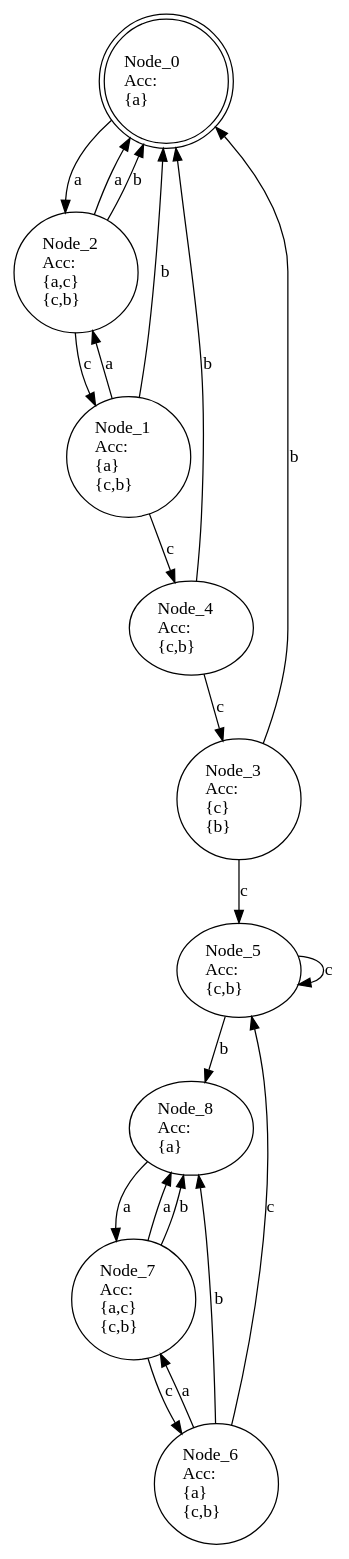
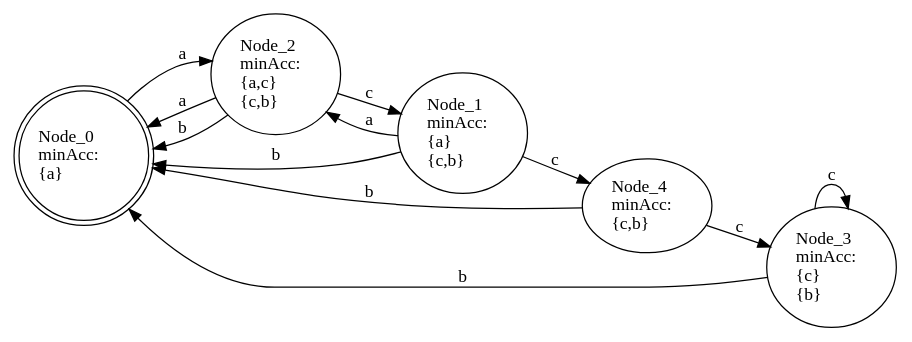
The diagram in additional-material/fdr/z.acc.dot (peleska/2018-csp-testing-conference), drawn with Graphviz before and after one commit. The commit also changed 5 other files, not shown here.

```diff
--- a/additional-material/fdr/z.acc.dot
+++ b/additional-material/fdr/z.acc.dot
@@ -1,33 +1,21 @@
 digraph g {
 
-Node_0[shape=doublecircle,label="Node_0\lAcc:\l{a}\l"];
+rankdir="LR"
+Node_0[shape=doublecircle,label="Node_0\lminAcc:\l{a}\l"];
 Node_0 -> Node_2[label="a"];
-Node_2[label="Node_2\lAcc:\l{a,c}\l{c,b}\l"];
+Node_2[label="Node_2\lminAcc:\l{a,c}\l{c,b}\l"];
 Node_2 -> Node_0[label="a"];
 Node_2 -> Node_1[label="c"];
 Node_2 -> Node_0[label="b"];
-Node_1[label="Node_1\lAcc:\l{a}\l{c,b}\l"];
+Node_1[label="Node_1\lminAcc:\l{a}\l{c,b}\l"];
 Node_1 -> Node_2[label="a"];
 Node_1 -> Node_4[label="c"];
 Node_1 -> Node_0[label="b"];
-Node_4[label="Node_4\lAcc:\l{c,b}\l"];
+Node_4[label="Node_4\lminAcc:\l{c,b}\l"];
 Node_4 -> Node_3[label="c"];
 Node_4 -> Node_0[label="b"];
-Node_3[label="Node_3\lAcc:\l{c}\l{b}\l"];
-Node_3 -> Node_5[label="c"];
+Node_3[label="Node_3\lminAcc:\l{c}\l{b}\l"];
+Node_3 -> Node_3[label="c"];
 Node_3 -> Node_0[label="b"];
-Node_5[label="Node_5\lAcc:\l{c,b}\l"];
-Node_5 -> Node_5[label="c"];
-Node_5 -> Node_8[label="b"];
-Node_8[label="Node_8\lAcc:\l{a}\l"];
-Node_8 -> Node_7[label="a"];
-Node_7[label="Node_7\lAcc:\l{a,c}\l{c,b}\l"];
-Node_7 -> Node_8[label="a"];
-Node_7 -> Node_6[label="c"];
-Node_7 -> Node_8[label="b"];
-Node_6[label="Node_6\lAcc:\l{a}\l{c,b}\l"];
-Node_6 -> Node_7[label="a"];
-Node_6 -> Node_5[label="c"];
-Node_6 -> Node_8[label="b"];
 
 }
```
